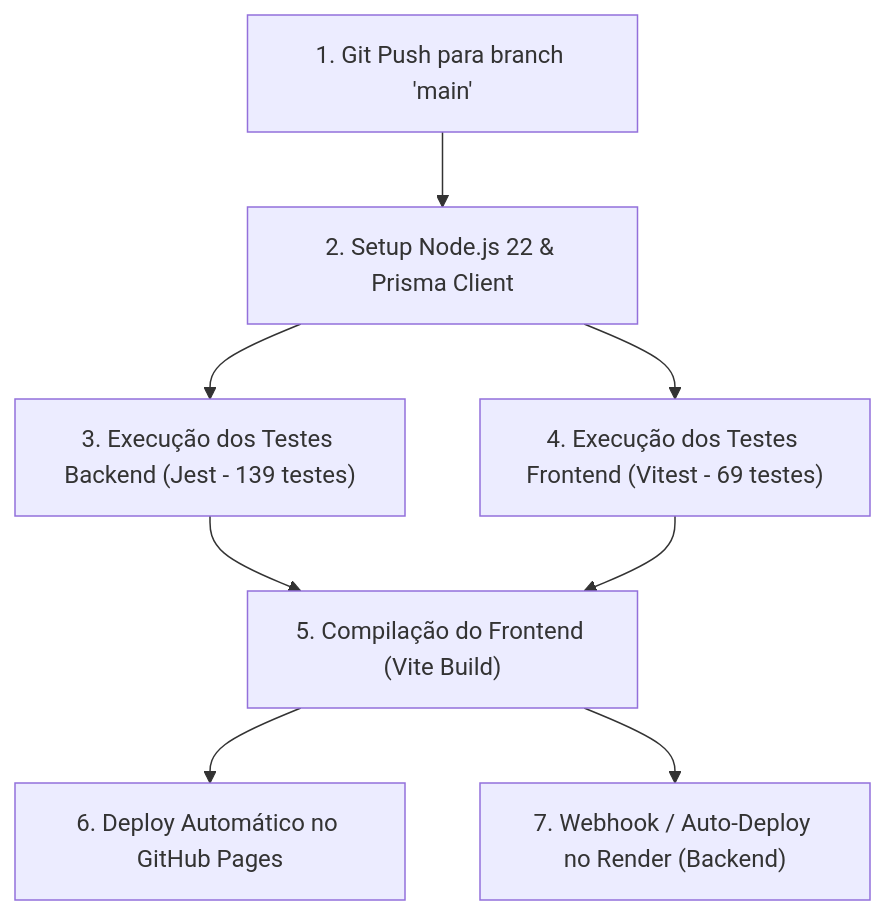
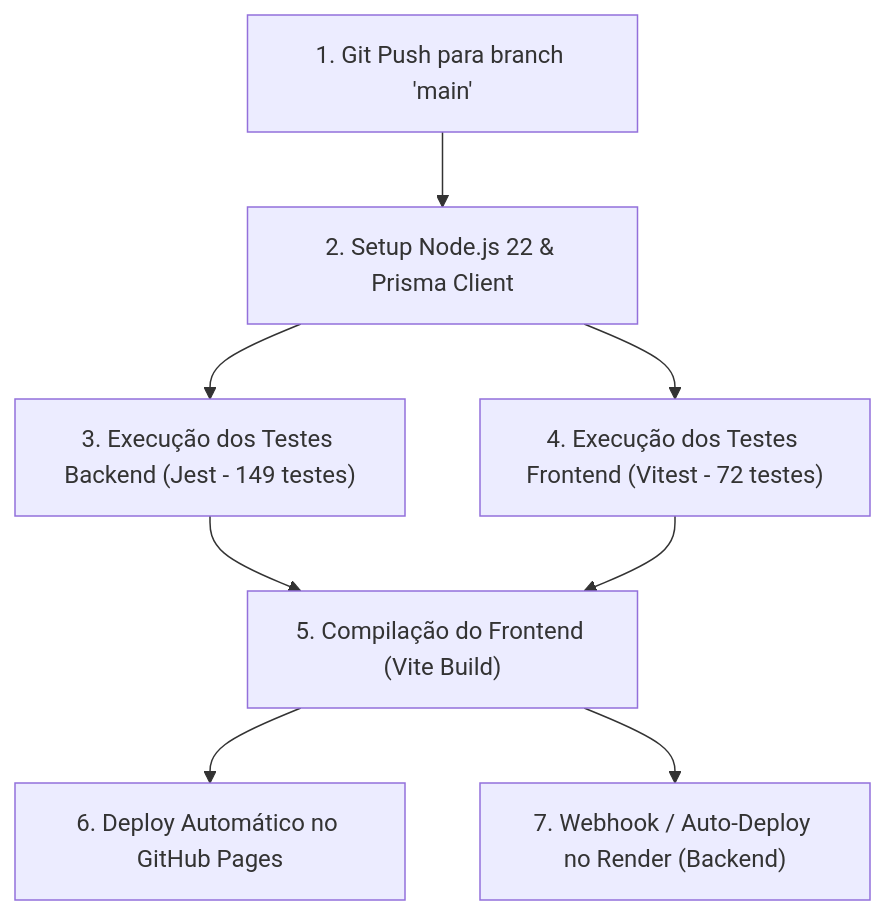
One commit to pfFabio/projeto_teatro changed the diagram in exercicio_3_gestao_devops_mvp.md. Above: the diagram before and after it, drawn with Mermaid. The commit also changed other lines of this file and 22 other files, not shown here.

````diff
--- a/exercicio_3_gestao_devops_mvp.md
+++ b/exercicio_3_gestao_devops_mvp.md
@@ -175,10 +177,10 @@
 ```mermaid
 flowchart TD
     Push["1. Git Push para branch 'main'"] --> Lint["2. Setup Node.js 22 & Prisma Client"]
-    Lint --> TestBack["3. Execução dos Testes Backend (Jest - 139 testes)"]
-    Lint --> TestFront["4. Execução dos Testes Frontend (Vitest - 69 testes)"]
+    Lint --> TestBack["3. Execução dos Testes Backend (Jest - 149 testes)"]
+    Lint --> TestFront["4. Execução dos Testes Frontend (Vitest - 72 testes)"]
     TestBack --> Build["5. Compilação do Frontend (Vite Build)"]
     TestFront --> Build
     Build --> DeployGH["6. Deploy Automático no GitHub Pages"]
     Build --> DeployRender["7. Webhook / Auto-Deploy no Render (Backend)"]
 ```
````
